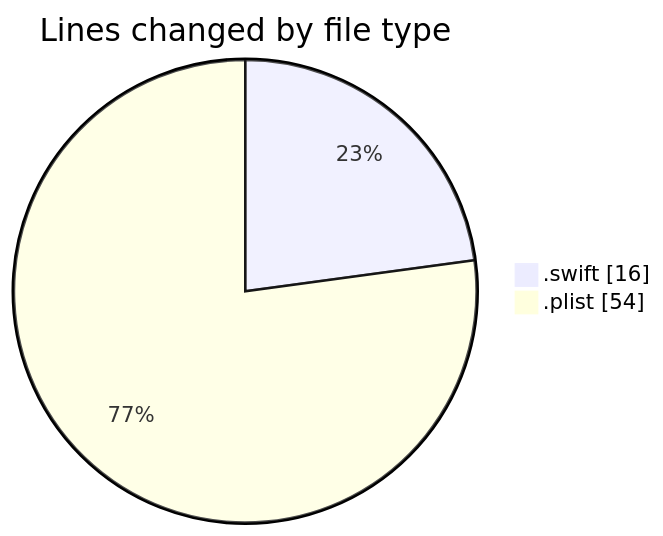
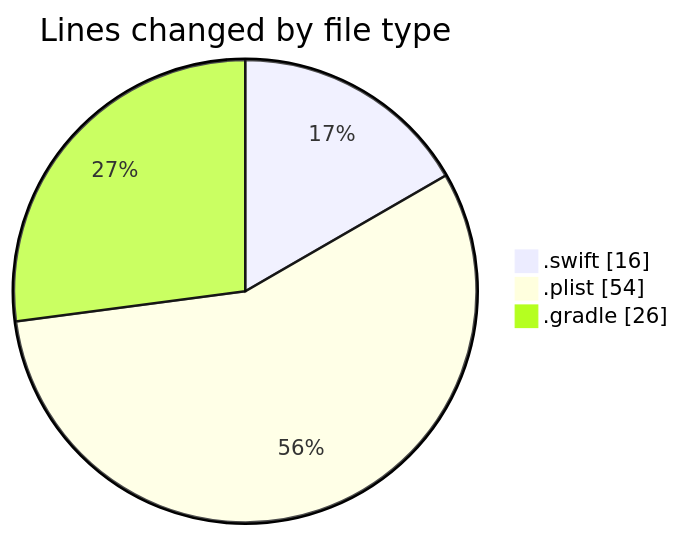
One commit to donsfak/code-tracking changed the first of 2 diagrams in 2025-01-02/maps_clone/README.md. Above: the diagram before and after it, drawn with Mermaid. The commit also changed other lines of this file and 2 other files, not shown here.

````diff
--- a/2025-01-02/maps_clone/README.md
+++ b/2025-01-02/maps_clone/README.md
@@ -21,6 +22,7 @@
 ```mermaid
 pie showData
 title Lines changed by file type
 ".swift" : 16
 ".plist" : 54
+".gradle" : 26
 ```
````
